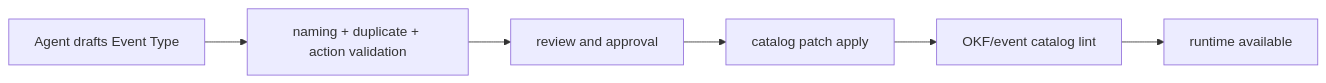
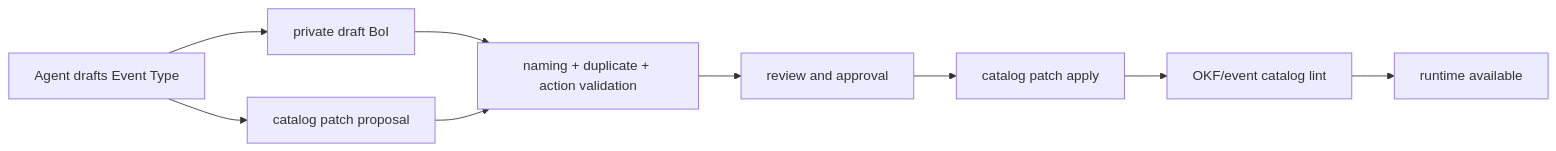
Before and after one commit to chokukil/boi-wiki: the second of 2 diagrams in data/boi/public/boi-wiki-manual/agent/agent-execution-and-event-authoring.md, drawn with Mermaid. The commit also changed other lines of this file and 5 other files, not shown here.

Commit message:
Create private BoI docs for Event Type drafts

````diff
--- a/data/boi/public/boi-wiki-manual/agent/agent-execution-and-event-authoring.md
+++ b/data/boi/public/boi-wiki-manual/agent/agent-execution-and-event-authoring.md
@@ -142,8 +142,11 @@
 ```mermaid
 flowchart LR
-  PROPOSE["Agent drafts Event Type"] --> VALIDATE["naming + duplicate + action validation"]
+  PROPOSE["Agent drafts Event Type"] --> BOI["private draft BoI"]
+  PROPOSE --> PATCH["catalog patch proposal"]
+  BOI --> VALIDATE["naming + duplicate + action validation"]
+  PATCH --> VALIDATE
   VALIDATE --> REVIEW["review and approval"]
   REVIEW --> APPLY["catalog patch apply"]
   APPLY --> LINT["OKF/event catalog lint"]
   LINT --> RUNTIME["runtime available"]
 ```
````
